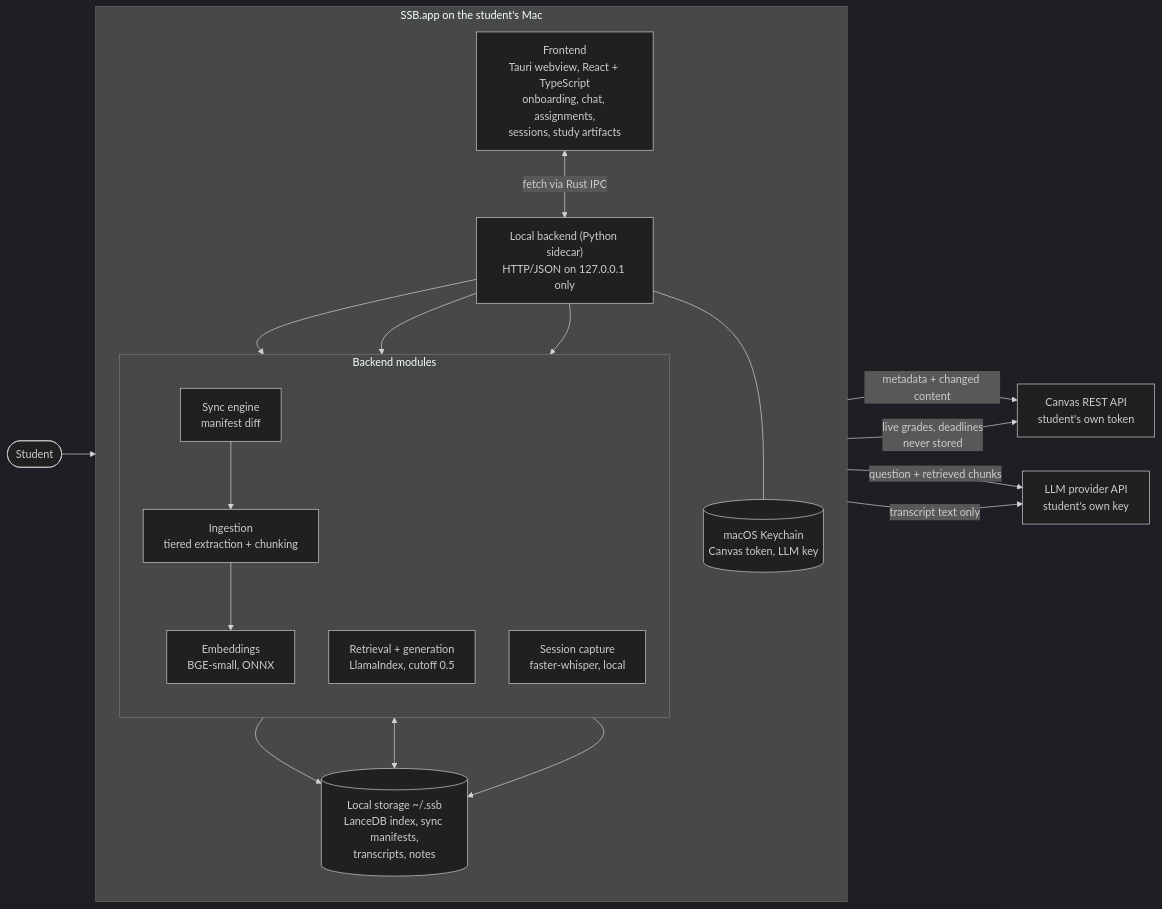
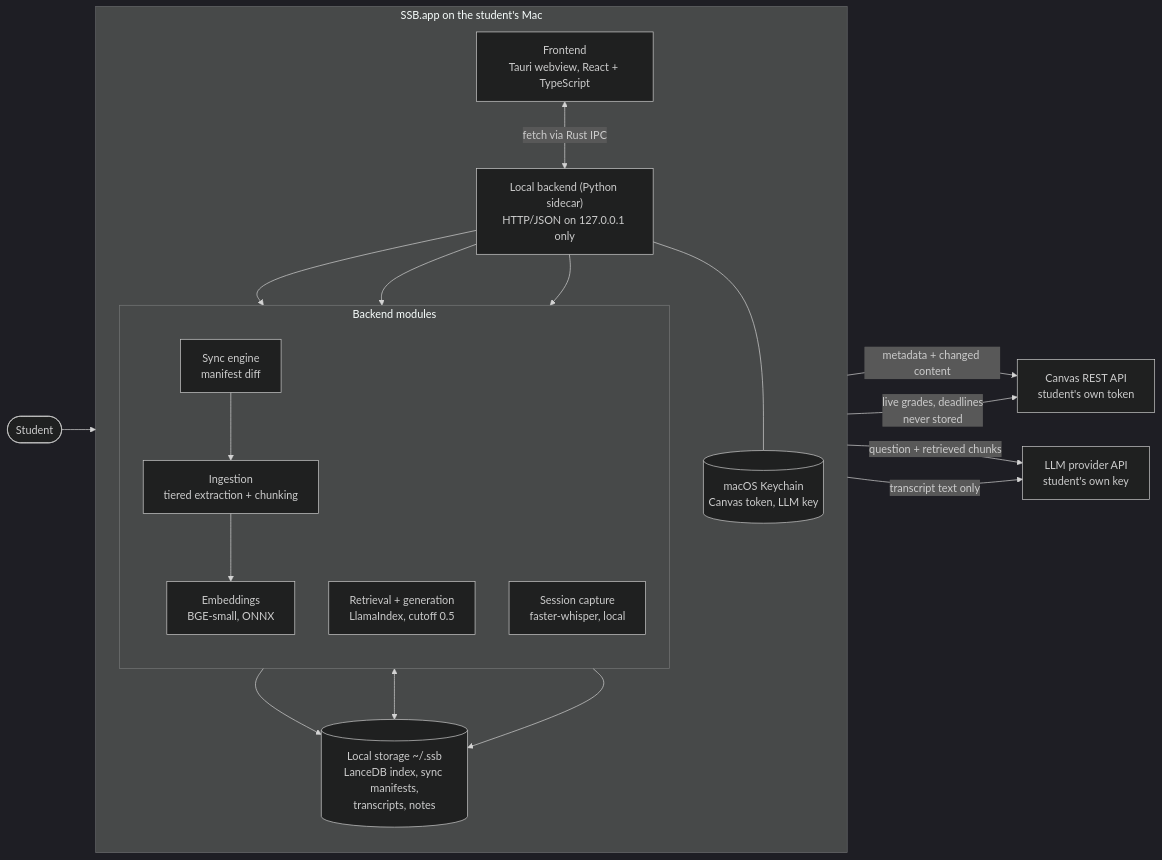
The diagram in docs/architecture/design-document.md (aljawetz/second-mind), drawn with Mermaid (dark theme) before and after one commit. The commit also changed other lines of this file and 4 other files, not shown here.

````diff
--- a/docs/architecture/design-document.md
+++ b/docs/architecture/design-document.md
@@ -28,37 +25,37 @@
 ```mermaid
 flowchart LR
     student([Student])
 
     subgraph app["SSB.app on the student's Mac"]
         direction TB
-        ui["Frontend<br/>Tauri webview, React + TypeScript<br/>onboarding, chat, assignments,<br/>sessions, study artifacts"]
+        ui["Frontend<br/>Tauri webview, React + TypeScript"]
         api["Local backend (Python sidecar)<br/>HTTP/JSON on 127.0.0.1 only"]
         subgraph pipes["Backend modules"]
             direction TB
             sync["Sync engine<br/>manifest diff"]
             ingest["Ingestion<br/>tiered extraction + chunking"]
             embed["Embeddings<br/>BGE-small, ONNX"]
             rag["Retrieval + generation<br/>LlamaIndex, cutoff 0.5"]
             capture["Session capture<br/>faster-whisper, local"]
         end
         store[("Local storage ~/.ssb<br/>LanceDB index, sync manifests,<br/>transcripts, notes")]
         kc[("macOS Keychain<br/>Canvas token, LLM key")]
     end
 
     canvas["Canvas REST API<br/>student's own token"]
     llm["LLM provider API<br/>student's own key"]
 
     student --> ui
     ui <-->|"fetch via Rust IPC"| api
     api --> sync
     sync -->|"metadata + changed content"| canvas
     sync --> ingest --> embed --> store
     api --> rag
     rag <--> store
     rag -->|"question + retrieved chunks"| llm
     api --> capture
     capture --> store
     capture -->|"transcript text only"| llm
     api -->|"live grades, deadlines<br/>never stored"| canvas
     api --- kc
 ```
````
